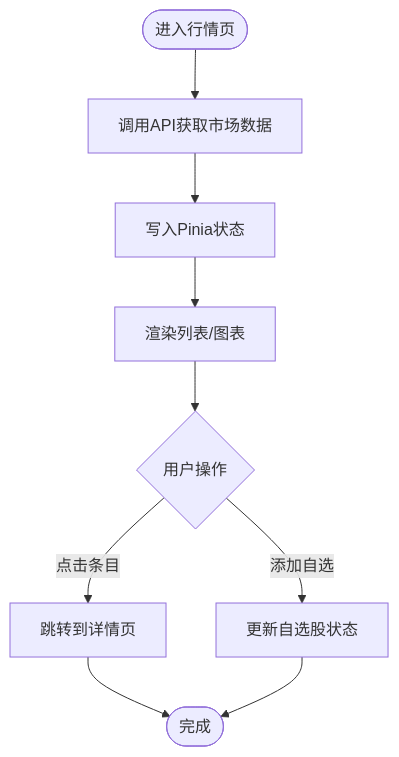
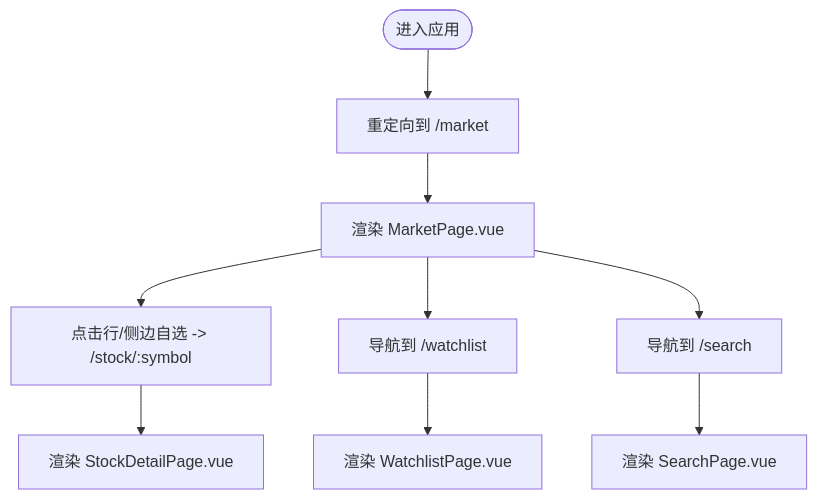
The third of 10 diagrams in .qoder/repowiki/zh/content/前端开发/前端开发.md (We3le7/stock-view), drawn with Mermaid before and after one commit. The commit also changed other lines of this file and 142 other files, not shown here.

````diff
--- a/.qoder/repowiki/zh/content/前端开发/前端开发.md
+++ b/.qoder/repowiki/zh/content/前端开发/前端开发.md
@@ -166,11 +153,11 @@
 ```mermaid
 flowchart TD
-Start(["进入行情页"]) --> Load["调用API获取市场数据"]
-Load --> Store["写入Pinia状态"]
-Store --> Render["渲染列表/图表"]
-Render --> Action{"用户操作"}
-Action --> |点击条目| Detail["跳转到详情页"]
-Action --> |添加自选| Watch["更新自选股状态"]
-Detail --> End(["完成"])
-Watch --> End
+Start(["进入应用"]) --> Home["重定向到 /market"]
+Home --> Market["渲染 MarketPage.vue"]
+Market --> Detail["点击行/侧边自选 -> /stock/:symbol"]
+Detail --> RenderDetail["渲染 StockDetailPage.vue"]
+Market --> Watchlist["导航到 /watchlist"]
+Watchlist --> RenderWatchlist["渲染 WatchlistPage.vue"]
+Market --> Search["导航到 /search"]
+Search --> RenderSearch["渲染 SearchPage.vue"]
 ```
````
